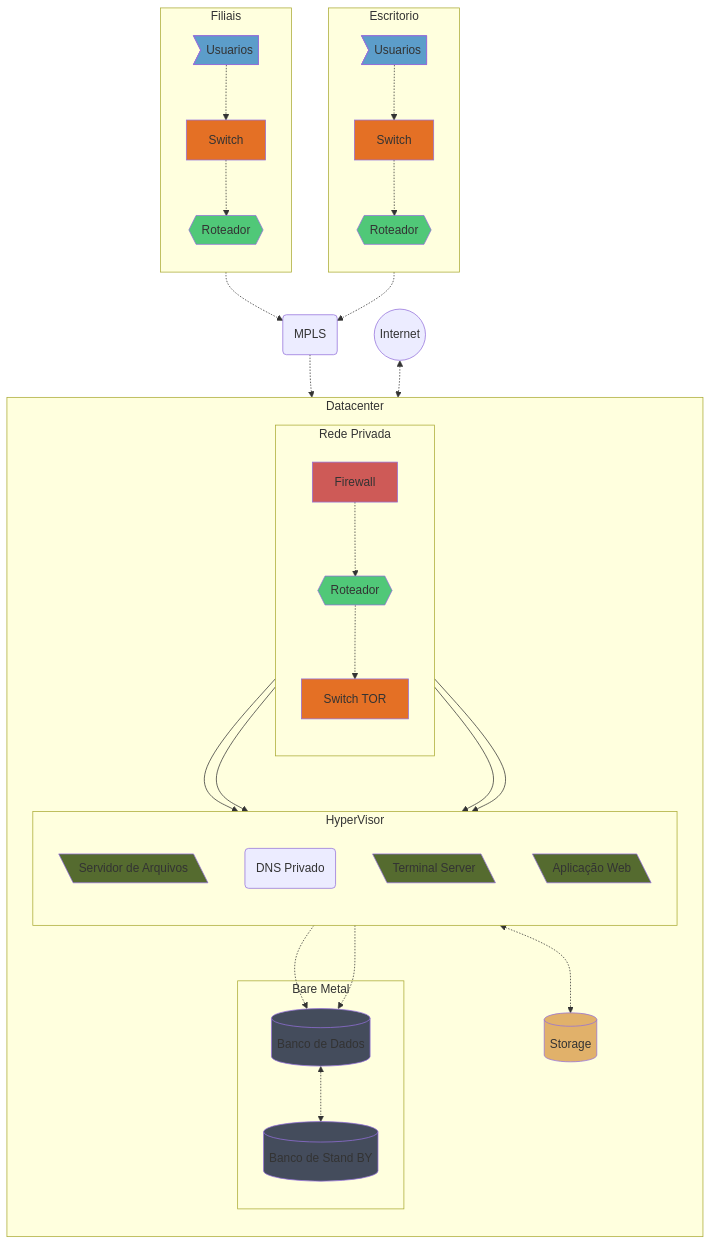
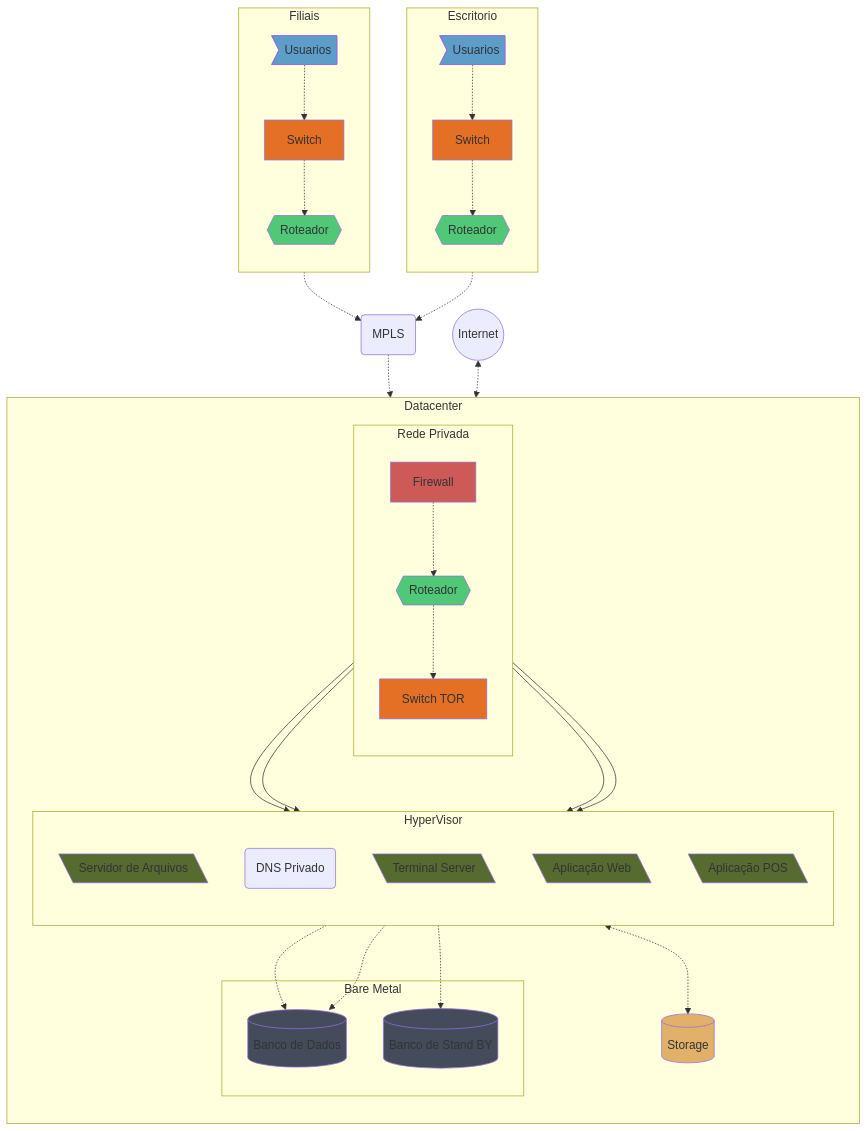
The fifth of 6 diagrams in content/docs/AprendendoAWS/Cenário 1.md (cslemes/hextra), drawn with Mermaid before and after one commit. The commit also changed other lines of this file and 10 other files, not shown here.

````diff
--- a/content/docs/AprendendoAWS/Cenário 1.md
+++ b/content/docs/AprendendoAWS/Cenário 1.md
@@ -82,69 +207,70 @@
 ```mermaid
 
 
 flowchart TB
 classDef blue fill:#40e0d0
 classDef green fill:#50c878
 classDef yellow fill:#ffd700
 classDef darkblue fill:#5c9dca
 classDef olive fill:#556b2f
 classDef orange fill:#e47025
 classDef brow fill:#634217
 classDef red fill:#ce5a57
 classDef darkgrey fill:#444c5c
 classDef darkyellow fill:#e1b16a
 
 subgraph Datacenter
     direction TB
     ST[(Storage)]:::darkyellow
 	FS<-.->ST
     subgraph Rede Privada      
       direction TB
       RT{{"Roteador"}}:::green   
       SW1[Switch TOR]:::orange
       FW[Firewall]:::red   
       RT -.-> SW1
       FW -.-> RT     
     end  
     subgraph HyperVisor
     direction TB      
        DNSP(DNS Privado)     
        RDP[\"Terminal Server"\]:::olive
        FS[\"Servidor de Arquivos"\]:::olive
        APP[\"Aplicação Web"\]:::olive
+       APP1[\"Aplicação POS"\]:::olive
 	   SW1 --> DNSP & RDP & FS & APP         
 	end
     subgraph Bare Metal
       DB[("Banco de Dados")]:::darkgrey
       DB1[("Banco de Stand BY")]:::darkgrey
       APP-.->DB
       RDP-.->DB
-      DB<-.->DB1
+      APP1-.->DB1
 	end
 end
 
 subgraph Escritorio
    direction TB
    RTE{{"Roteador"}}:::green 
    SWE["Switch"]:::orange
    USRE>"Usuarios"]:::darkblue
    USRE-.->SWE-.->RTE
 end
 subgraph Filiais
     direction TB
 	RTF{{"Roteador"}}:::green 
 	SWF["Switch"]:::orange
 	USRF>"Usuarios"]:::darkblue
 	USRF-.->SWF-.->RTF
 end
 
 
 MPLS("MPLS")
 IE(("Internet"))
 MPLS-.->FW 
 RTF-.->MPLS
 RTE-.->MPLS
 IE<-.->FW
  
 
 ```
````
